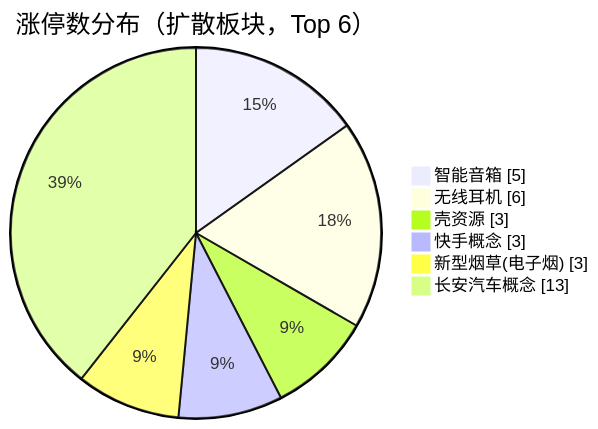
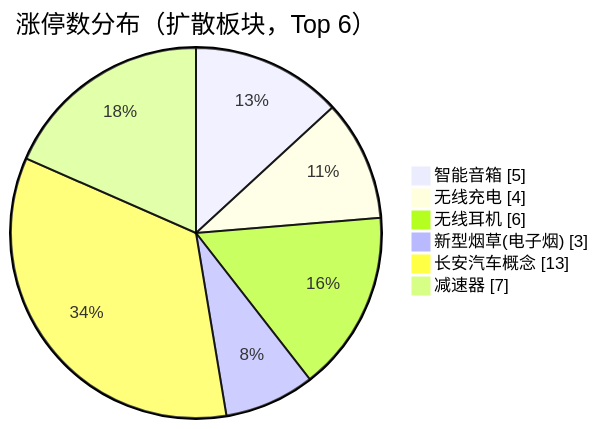
The first of 26 diagrams in content/投研交易/盘中分析/20261124.md (chenyang1999/chzl-kg), drawn with Mermaid before and after one commit. The commit also changed other lines of this file and 1 other file, not shown here.

````diff
--- a/content/投研交易/盘中分析/20261124.md
+++ b/content/投研交易/盘中分析/20261124.md
@@ -32,10 +32,10 @@
 ```mermaid
 pie showData
     title 涨停数分布（扩散板块，Top 6）
     "智能音箱" : 5
+    "无线充电" : 4
     "无线耳机" : 6
-    "壳资源" : 3
-    "快手概念" : 3
     "新型烟草(电子烟)" : 3
     "长安汽车概念" : 13
+    "减速器" : 7
 ```
````
